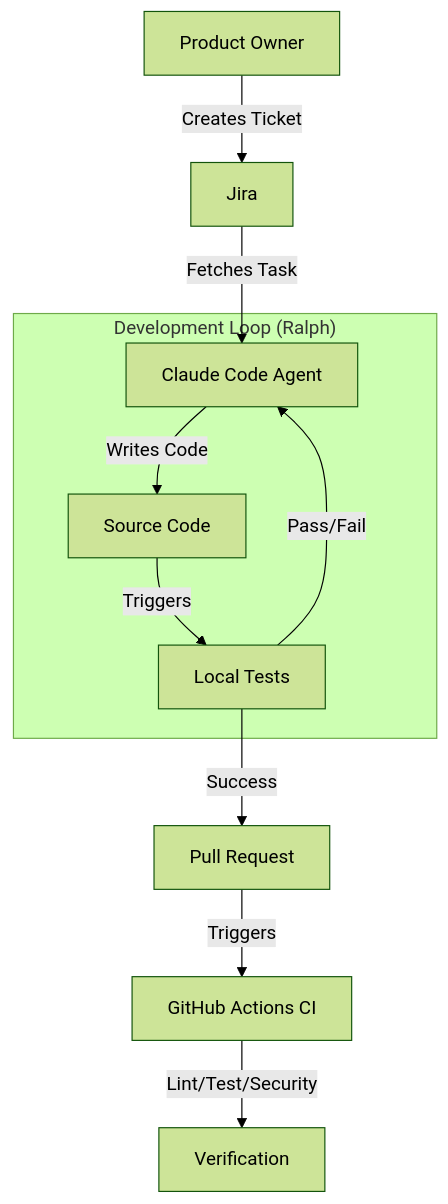
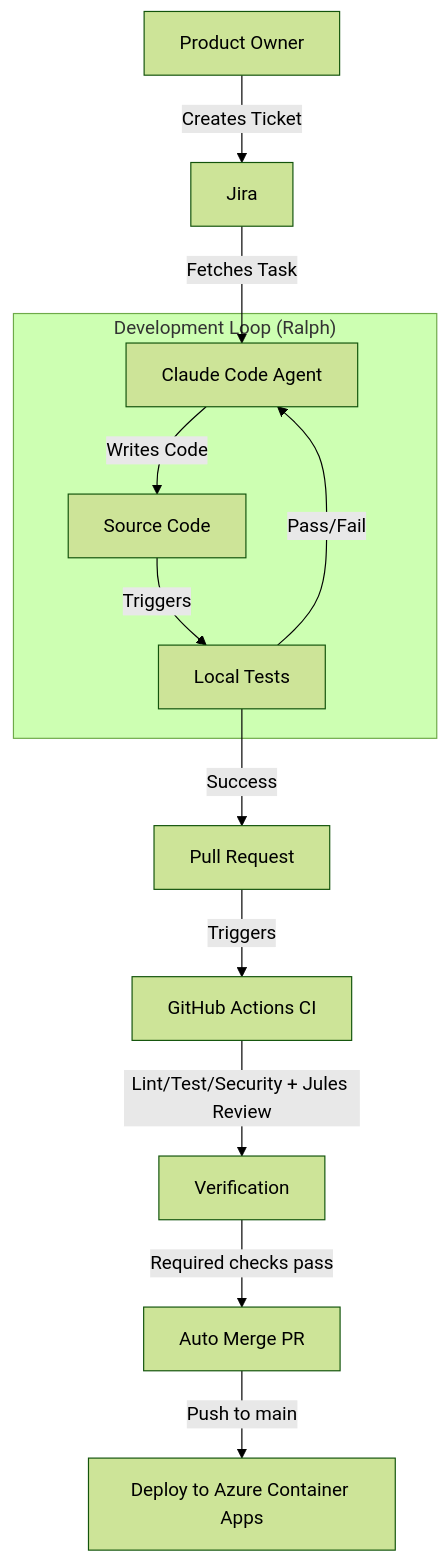
One commit to itsimonfredlingjack/grupp-ett-github changed the diagram in README.md. Above: the diagram before and after it, drawn with Mermaid (forest theme). The commit also changed other lines of this file and 4 other files, not shown here.

Commit message:
GE-33: feat: automate PR merge handoff to Azure deploy

````diff
--- a/README.md
+++ b/README.md
@@ -28,13 +28,15 @@
 ```mermaid
 graph TD
     User[Product Owner] -->|Creates Ticket| Jira[Jira]
     Jira -->|Fetches Task| Agent[Claude Code Agent]
     subgraph "Development Loop (Ralph)"
         Agent -->|Writes Code| Code[Source Code]
         Code -->|Triggers| Tests[Local Tests]
         Tests -->|Pass/Fail| Agent
     end
     Tests -->|Success| PR[Pull Request]
     PR -->|Triggers| CI[GitHub Actions CI]
-    CI -->|Lint/Test/Security| Verify[Verification]
+    CI -->|Lint/Test/Security + Jules Review| Verify[Verification]
+    Verify -->|Required checks pass| AutoMerge[Auto Merge PR]
+    AutoMerge -->|Push to main| Deploy[Deploy to Azure Container Apps]
 ```
````
